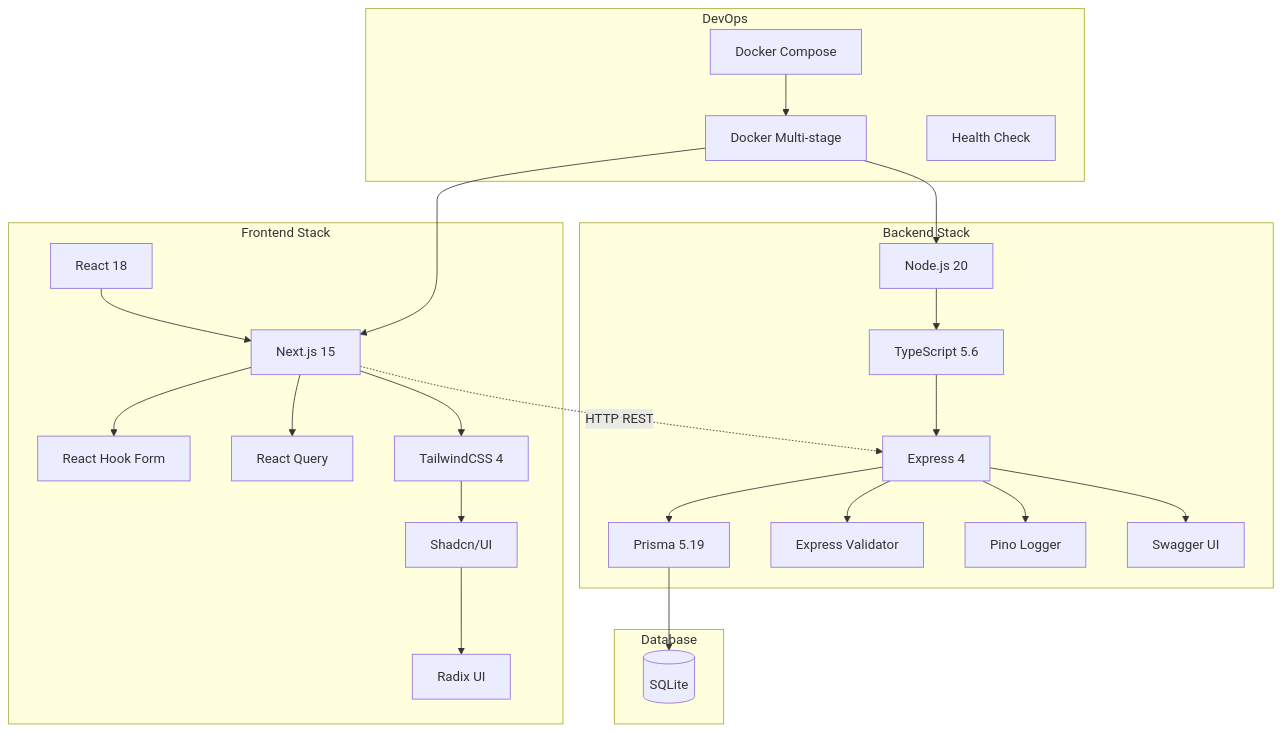
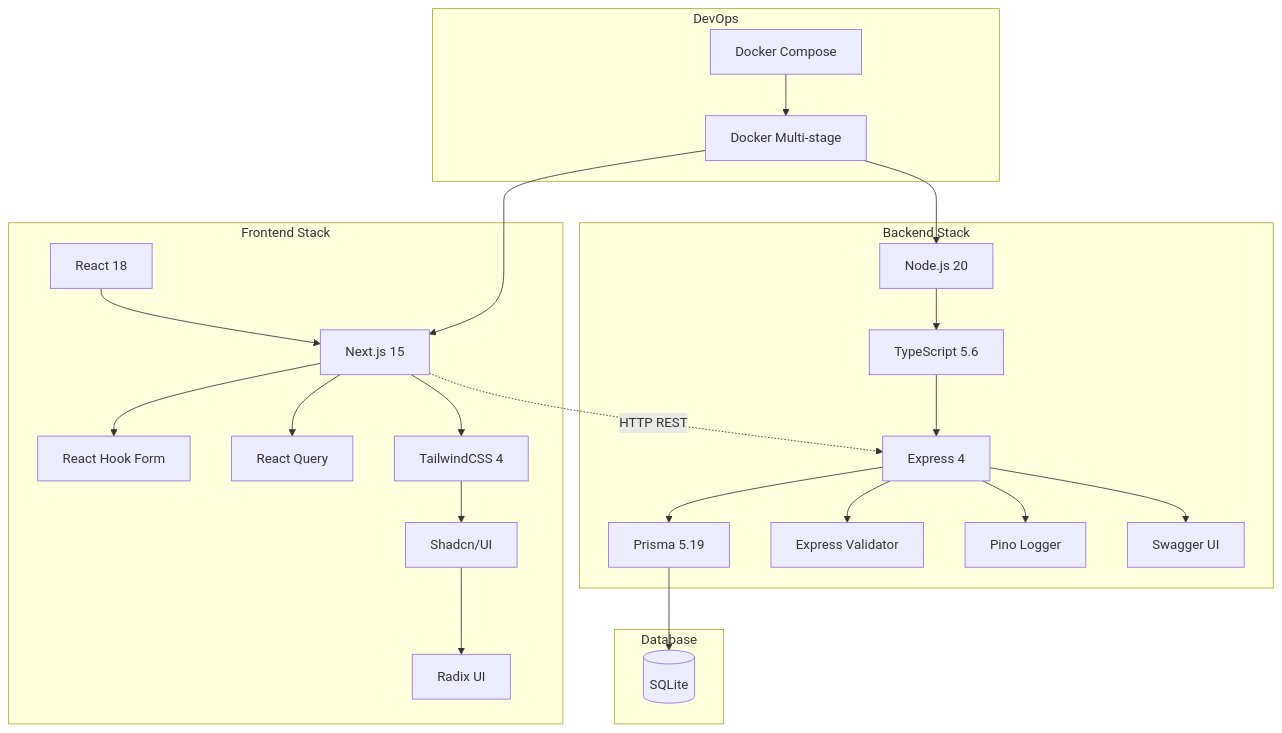
One commit to JPMworkPROG/TodoManager changed the third of 3 diagrams in documentation/diagrams/architecture.md. Above: the diagram before and after it, drawn with Mermaid. The commit also changed other lines of this file, not shown here.

Commit message:
📝 update diagram

````diff
--- a/documentation/diagrams/architecture.md
+++ b/documentation/diagrams/architecture.md
@@ -87,35 +85,34 @@
 ```mermaid
 graph TD
     subgraph "Frontend Stack"
         React[React 18] --> Next[Next.js 15]
         Next --> RHF[React Hook Form]
         Next --> RQ[React Query]
         Next --> TW[TailwindCSS 4]
         TW --> Shadcn[Shadcn/UI]
         Shadcn --> Radix[Radix UI]
     end
 
     subgraph "Backend Stack"
         Node[Node.js 20] --> TS[TypeScript 5.6]
         TS --> Express[Express 4]
         Express --> PrismaORM[Prisma 5.19]
         Express --> ExpVal[Express Validator]
         Express --> Pino[Pino Logger]
         Express --> Swagger[Swagger UI]
     end
 
     subgraph "Database"
         PrismaORM --> SQLite[(SQLite)]
     end
 
     subgraph "DevOps"
         Docker[Docker Multi-stage]
         Compose[Docker Compose]
-        HC[Health Check]
     end
 
     Next -.->|HTTP REST| Express
     Docker --> Node
     Docker --> Next
     Compose --> Docker
 ```
````
